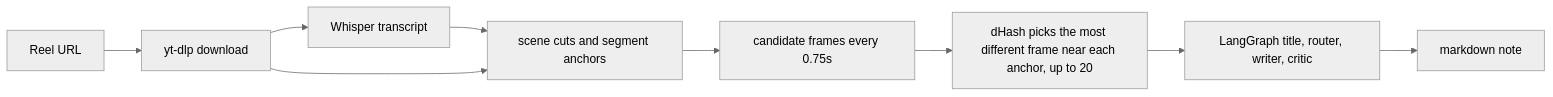
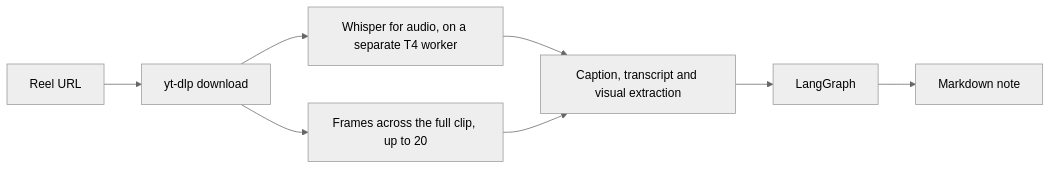
The first of 4 diagrams in README.md (TiagoSantos16/AI_Personal_Assistant), drawn with Mermaid (neutral theme) before and after one commit. The commit also changed other lines of this file and 31 other files, not shown here.

````diff
--- a/README.md
+++ b/README.md
@@ -11,11 +11,10 @@
 ```mermaid
 flowchart LR
     A[Reel URL] --> B[yt-dlp download]
-    B --> C[Whisper transcript]
-    C --> D[scene cuts and segment anchors]
-    B --> D
-    D --> E[candidate frames every 0.75s]
-    E --> F[dHash picks the most different frame near each anchor, up to 20]
-    F --> G[LangGraph title, router, writer, critic]
-    G --> H[markdown note]
+    B --> C[Whisper for audio, on a separate T4 worker]
+    B --> D[Frames across the full clip, up to 20]
+    C --> E[Caption, transcript and visual extraction]
+    D --> E
+    E --> F[LangGraph]
+    F --> G[Markdown note]
 ```
````
